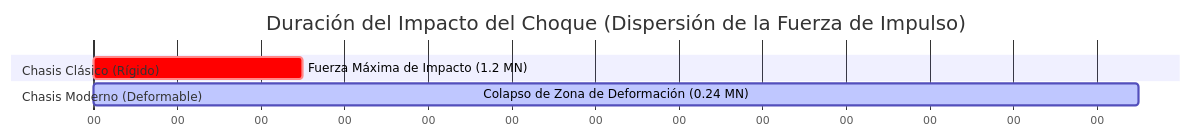
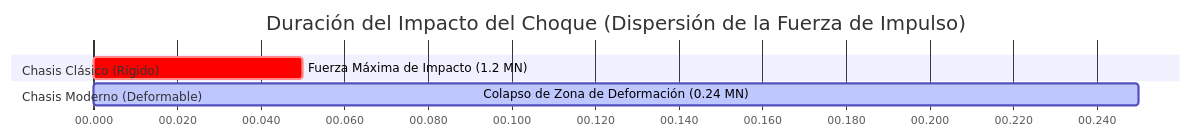
Before and after one commit to abuhanif254/Calculator-Hub: the fifth of 5 diagrams in content/es/momentum-calculator.md, drawn with Mermaid. The commit also changed 82 other files, not shown here.

````diff
--- a/content/es/momentum-calculator.md
+++ b/content/es/momentum-calculator.md
@@ -406,10 +406,10 @@
 ```mermaid
 gantt
     title Duración del Impacto del Choque (Dispersión de la Fuerza de Impulso)
-    dateFormat  s
-    axisFormat %S
+    dateFormat  HH:mm:ss.SSS
+    axisFormat  %S.%L
     section Chasis Clásico (Rígido)
-    Fuerza Máxima de Impacto (1.2 MN) :crit, 0, 0.05s
+    Fuerza Máxima de Impacto (1.2 MN) :crit, 00:00:00.000, 00:00:00.050
     section Chasis Moderno (Deformable)
-    Colapso de Zona de Deformación (0.24 MN) :active, 0, 0.25s
+    Colapso de Zona de Deformación (0.24 MN) :active, 00:00:00.000, 00:00:00.250
 ```
````
